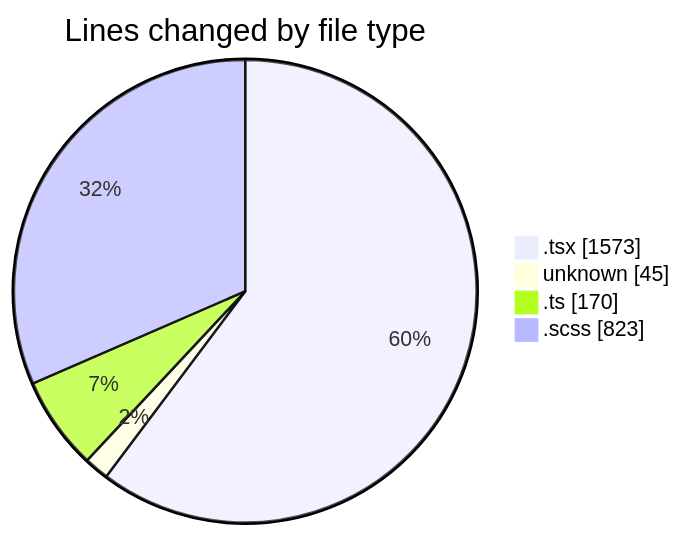
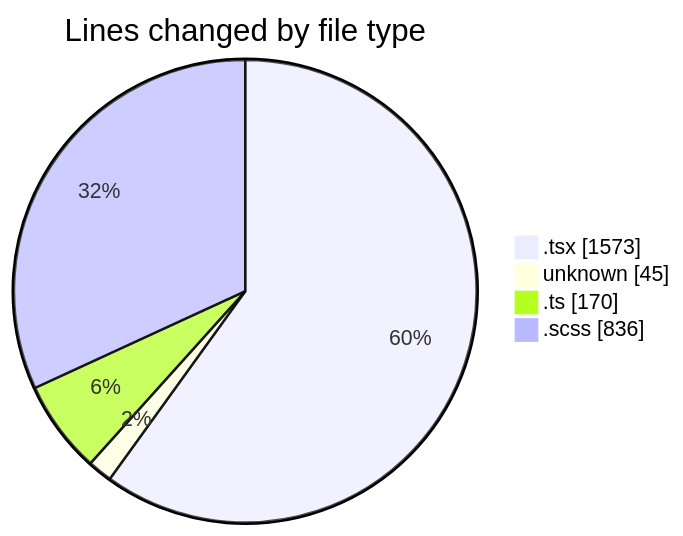
Before and after one commit to momahboobian/code-tracking: the first of 2 diagrams in 2025-09-01/cda/README.md, drawn with Mermaid. The commit also changed other lines of this file and 1 other file, not shown here.

````diff
--- a/2025-09-01/cda/README.md
+++ b/2025-09-01/cda/README.md
@@ -26,8 +26,8 @@
 ```mermaid
 pie showData
 title Lines changed by file type
 ".tsx" : 1573
 "unknown" : 45
 ".ts" : 170
-".scss" : 823
+".scss" : 836
 ```
````
